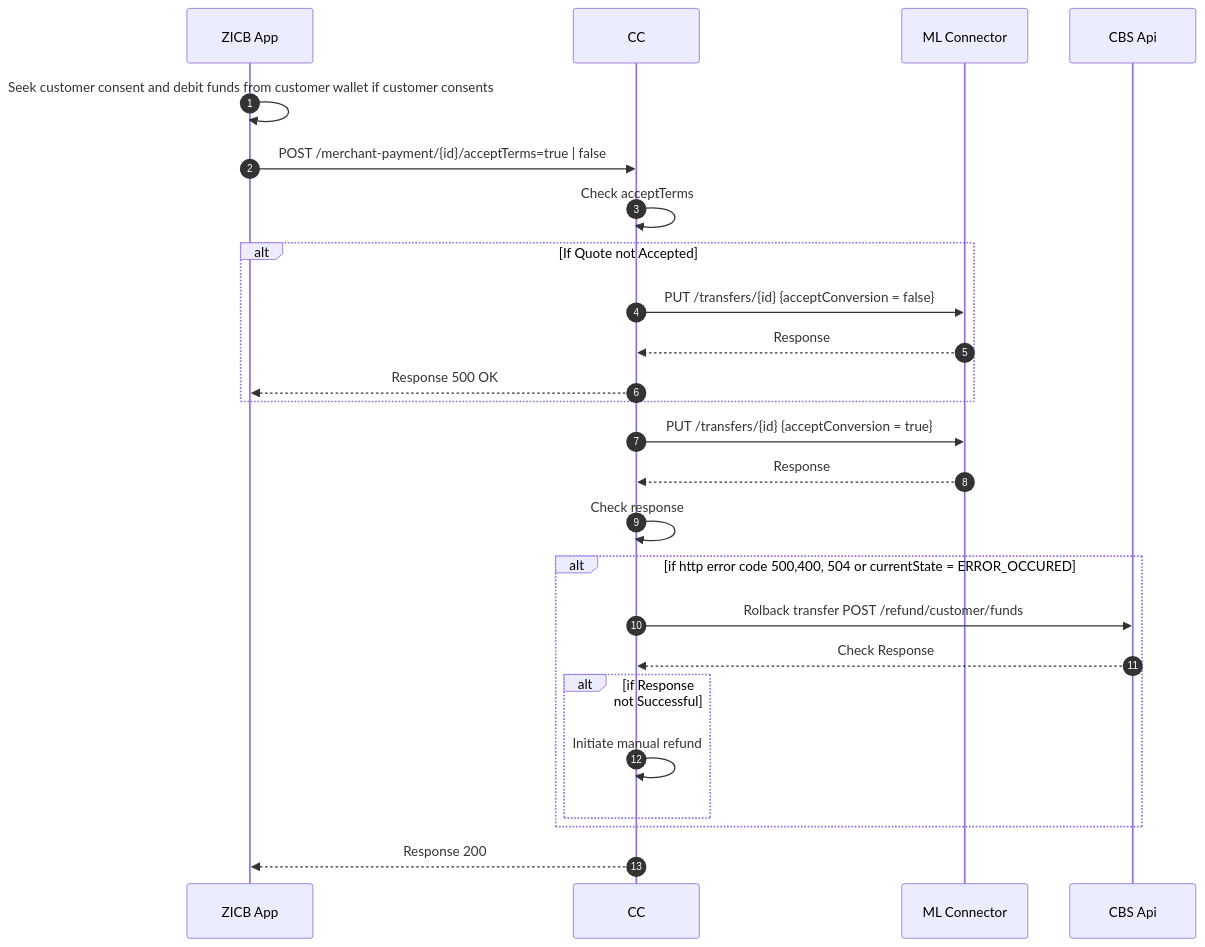
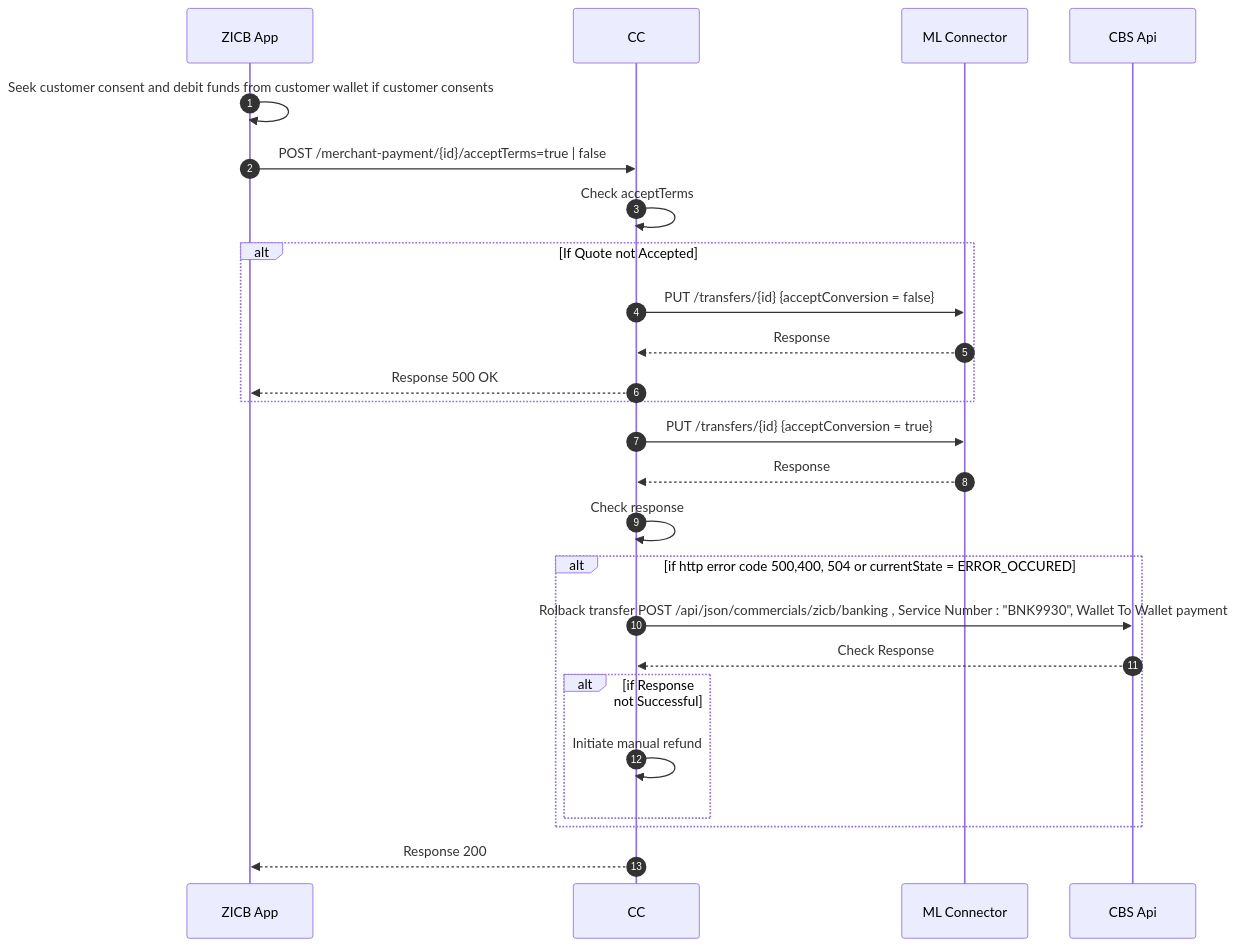
One commit to mojaloop/ml-reference-connectors changed the diagram in zicb-zm-core-connector/docs/payer/payer-update-merchant-payment-bank.md. Above: the diagram before and after it, drawn with Mermaid. The commit also changed 19 other files, not shown here.

````diff
--- a/zicb-zm-core-connector/docs/payer/payer-update-merchant-payment-bank.md
+++ b/zicb-zm-core-connector/docs/payer/payer-update-merchant-payment-bank.md
@@ -4,23 +4,23 @@
 ```mermaid
 sequenceDiagram
   autoNumber
   ZICB App->>ZICB App: Seek customer consent and debit funds from customer wallet if customer consents
   ZICB App->>CC: POST /merchant-payment/{id}/acceptTerms=true | false
   CC->>CC: Check acceptTerms
   Alt If Quote not Accepted
   CC->>ML Connector:PUT  /transfers/{id} {acceptConversion = false}
   ML Connector-->>CC: Response 
   CC-->>ZICB App: Response 500 OK
   End
   CC->>ML Connector:PUT  /transfers/{id} {acceptConversion = true}
   ML Connector-->>CC: Response
   CC->>CC: Check response
   Alt if http error code 500,400, 504 or currentState = ERROR_OCCURED
-  CC->>CBS Api : Rolback transfer POST /refund/customer/funds
+  CC->>CBS Api : Rolback transfer  POST /api/json/commercials/zicb/banking , Service Number : "BNK9930", Wallet To Wallet payment
   CBS Api-->>CC:Check Response
   Alt if Response not Successful
   CC->>CC: Initiate manual refund
   End
   End
   CC-->> ZICB App: Response 200
 ```
````
